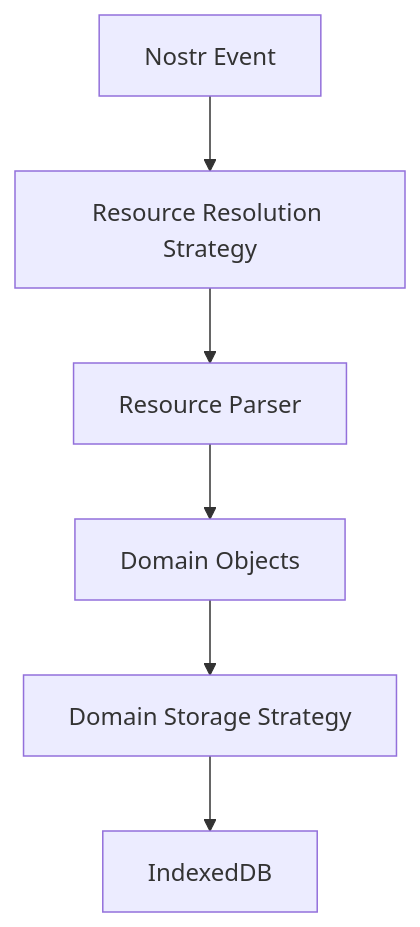
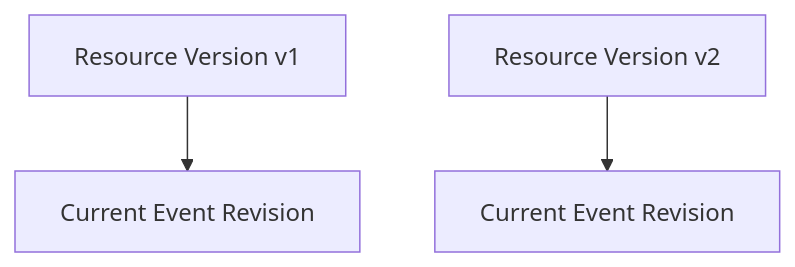
The seventh of 13 diagrams in docs/decisions/0002-domain-resource-model.md (kjvonly/kjvonly.bible), drawn with Mermaid before and after one commit. The commit also changed other lines of this file, not shown here.

````diff
--- a/docs/decisions/0002-domain-resource-model.md
+++ b/docs/decisions/0002-domain-resource-model.md
@@ -974,15 +586,11 @@
 ```mermaid
 flowchart TD
 
-    EVENT["Nostr Event"]
+    V1["Resource Version v1"]
 
-    EVENT --> RESOLUTION["Resource Resolution Strategy"]
+    V2["Resource Version v2"]
 
-    RESOLUTION --> PARSER["Resource Parser"]
+    V1 --> V1_EVENT["Current Event Revision"]
 
-    PARSER --> DOMAIN["Domain Objects"]
-
-    DOMAIN --> STORAGE["Domain Storage Strategy"]
-
-    STORAGE --> INDEXEDDB["IndexedDB"]
+    V2 --> V2_EVENT["Current Event Revision"]
 ```
````
